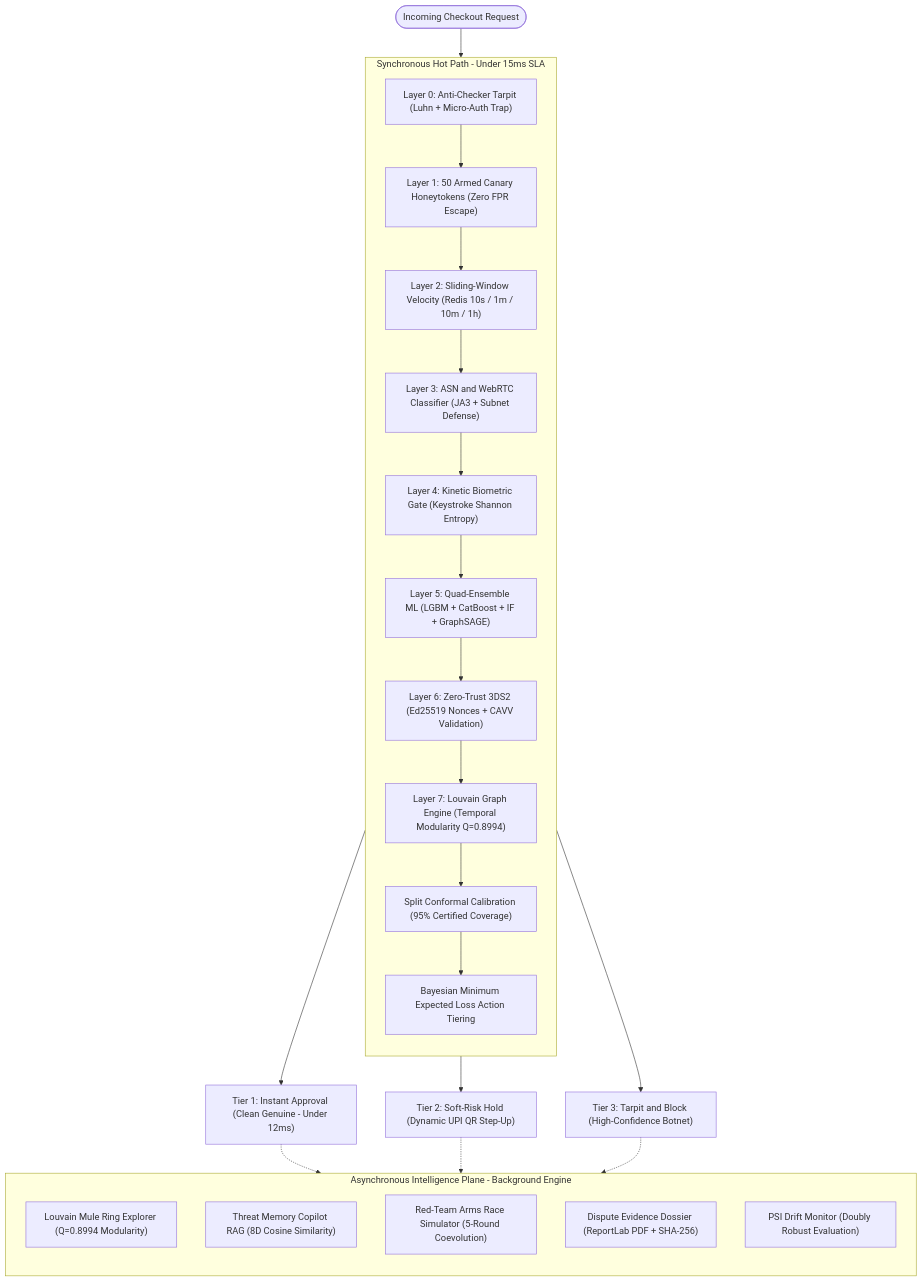
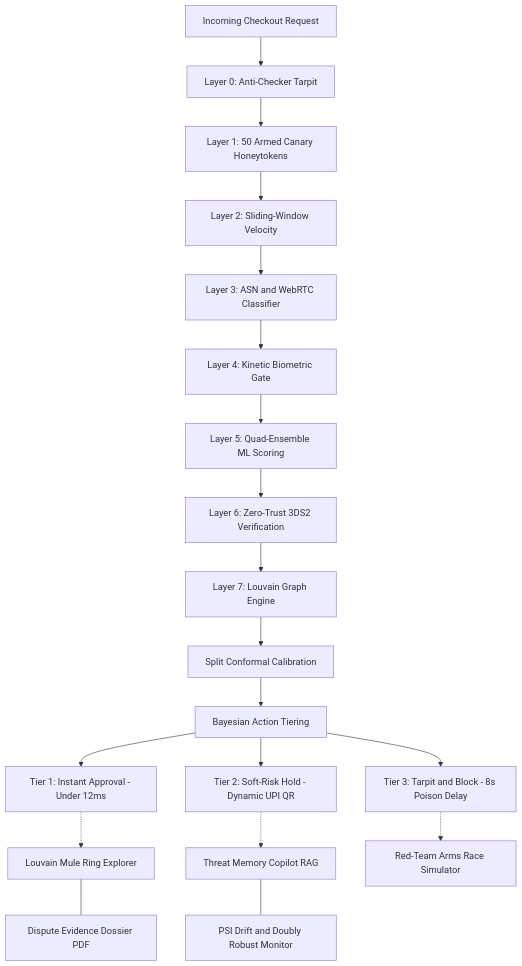
One commit to GeekLuffy/RazorVigil changed the first of 2 diagrams in README.md. Above: the diagram before and after it, drawn with Mermaid. The commit also changed other lines of this file, not shown here.

Commit message:
fix(readme): simplify Mermaid to universally compatible graph TD and graph LR syntax

````diff
--- a/README.md
+++ b/README.md
@@ -53,45 +53,23 @@
 ```mermaid
-flowchart TD
-    REQ([Incoming Checkout Request]) --> L0
+graph TD
+    REQ[Incoming Checkout Request] --> L0[Layer 0: Anti-Checker Tarpit]
+    L0 --> L1[Layer 1: 50 Armed Canary Honeytokens]
+    L1 --> L2[Layer 2: Sliding-Window Velocity]
+    L2 --> L3[Layer 3: ASN and WebRTC Classifier]
+    L3 --> L4[Layer 4: Kinetic Biometric Gate]
+    L4 --> L5[Layer 5: Quad-Ensemble ML Scoring]
+    L5 --> L6[Layer 6: Zero-Trust 3DS2 Verification]
+    L6 --> L7[Layer 7: Louvain Graph Engine]
+    L7 --> CF[Split Conformal Calibration]
+    CF --> MEL[Bayesian Action Tiering]
 
-    subgraph HOT [Synchronous Hot Path - Under 15ms SLA]
-        direction TB
-        L0["Layer 0: Anti-Checker Tarpit (Luhn + Micro-Auth Trap)"]
-        L1["Layer 1: 50 Armed Canary Honeytokens (Zero FPR Escape)"]
-        L2["Layer 2: Sliding-Window Velocity (Redis 10s / 1m / 10m / 1h)"]
-        L3["Layer 3: ASN and WebRTC Classifier (JA3 + Subnet Defense)"]
-        L4["Layer 4: Kinetic Biometric Gate (Keystroke Shannon Entropy)"]
-        L5["Layer 5: Quad-Ensemble ML (LGBM + CatBoost + IF + GraphSAGE)"]
-        L6["Layer 6: Zero-Trust 3DS2 (Ed25519 Nonces + CAVV Validation)"]
-        L7["Layer 7: Louvain Graph Engine (Temporal Modularity Q=0.8994)"]
-        CF["Split Conformal Calibration (95% Certified Coverage)"]
-        MEL["Bayesian Minimum Expected Loss Action Tiering"]
+    MEL --> T1[Tier 1: Instant Approval - Under 12ms]
+    MEL --> T2[Tier 2: Soft-Risk Hold - Dynamic UPI QR]
+    MEL --> T3[Tier 3: Tarpit and Block - 8s Poison Delay]
 
-        L0 --> L1
-        L1 --> L2
-        L2 --> L3
-        L3 --> L4
-        L4 --> L5
-        L5 --> L6
-        L6 --> L7
-        L7 --> CF
-        CF --> MEL
-    end
-
-    MEL --> T1["Tier 1: Instant Approval (Clean Genuine - Under 12ms)"]
-    MEL --> T2["Tier 2: Soft-Risk Hold (Dynamic UPI QR Step-Up)"]
-    MEL --> T3["Tier 3: Tarpit and Block (High-Confidence Botnet)"]
-
-    subgraph ASYNC [Asynchronous Intelligence Plane - Background Engine]
-        direction TB
-        A1["Louvain Mule Ring Explorer (Q=0.8994 Modularity)"]
-        A2["Threat Memory Copilot RAG (8D Cosine Similarity)"]
-        A3["Red-Team Arms Race Simulator (5-Round Coevolution)"]
-        A4["Dispute Evidence Dossier (ReportLab PDF + SHA-256)"]
-        A5["PSI Drift Monitor (Doubly Robust Evaluation)"]
-    end
-
-    T1 -.-> A1
-    T2 -.-> A2
-    T3 -.-> A3
+    T1 -.-> A1[Louvain Mule Ring Explorer]
+    T2 -.-> A2[Threat Memory Copilot RAG]
+    T3 -.-> A3[Red-Team Arms Race Simulator]
+    A1 --- A4[Dispute Evidence Dossier PDF]
+    A2 --- A5[PSI Drift and Doubly Robust Monitor]
 ```
````
